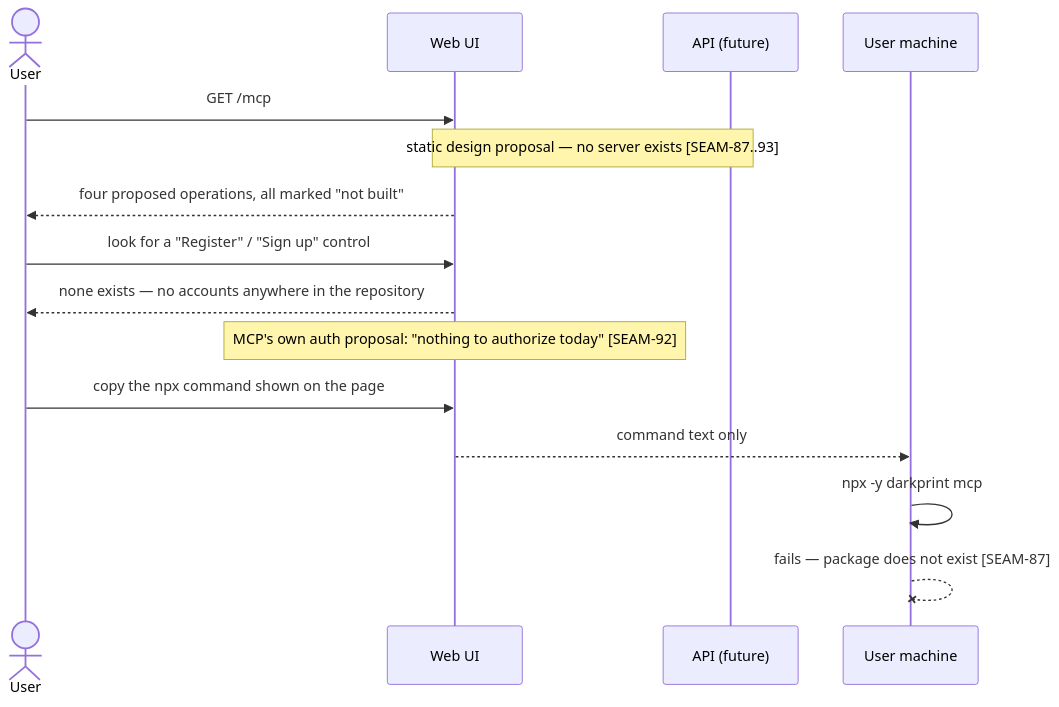
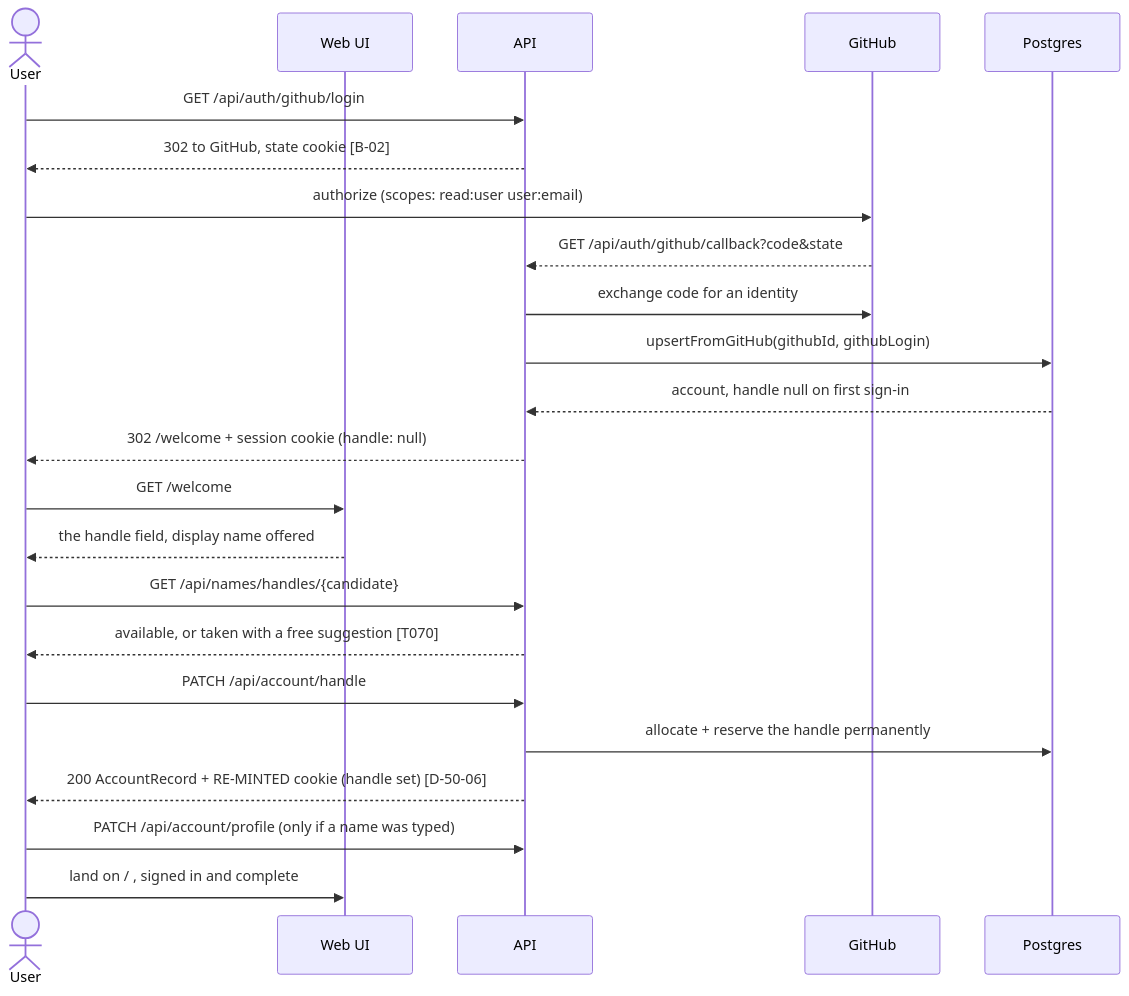
Before and after one commit to darkprint/darkprint: diagram 12 of 12 in docs/architecture/journeys.md, drawn with Mermaid. The commit also changed other lines of this file and 9 other files, not shown here.

````diff
--- a/docs/architecture/journeys.md
+++ b/docs/architecture/journeys.md
@@ -265,18 +278,26 @@
 ```mermaid
 sequenceDiagram
   actor User
   participant WebUI as Web UI
-  participant API as API (future)
-  participant Machine as User machine
+  participant API as API
+  participant GitHub
+  participant DB as Postgres
 
-  User->>WebUI: GET /mcp
-  Note over WebUI,API: static design proposal — no server exists [SEAM-87..93]
-  WebUI-->>User: four proposed operations, all marked "not built"
-  User->>WebUI: look for a "Register" / "Sign up" control
-  WebUI-->>User: none exists — no accounts anywhere in the repository
-  Note over WebUI: MCP's own auth proposal: "nothing to authorize today" [SEAM-92]
-  User->>WebUI: copy the npx command shown on the page
-  WebUI-->>Machine: command text only
-  Machine->>Machine: npx -y darkprint mcp
-  Machine--xMachine: fails — package does not exist [SEAM-87]
+  User->>API: GET /api/auth/github/login
+  API-->>User: 302 to GitHub, state cookie [B-02]
+  User->>GitHub: authorize (scopes: read:user user:email)
+  GitHub-->>API: GET /api/auth/github/callback?code&state
+  API->>GitHub: exchange code for an identity
+  API->>DB: upsertFromGitHub(githubId, githubLogin)
+  DB-->>API: account, handle null on first sign-in
+  API-->>User: 302 /welcome + session cookie (handle: null)
+  User->>WebUI: GET /welcome
+  WebUI-->>User: the handle field, display name offered
+  User->>API: GET /api/names/handles/{candidate}
+  API-->>User: available, or taken with a free suggestion [T070]
+  User->>API: PATCH /api/account/handle
+  API->>DB: allocate + reserve the handle permanently
+  API-->>User: 200 AccountRecord + RE-MINTED cookie (handle set) [D-50-06]
+  User->>API: PATCH /api/account/profile (only if a name was typed)
+  User->>WebUI: land on / , signed in and complete
 ```
````
